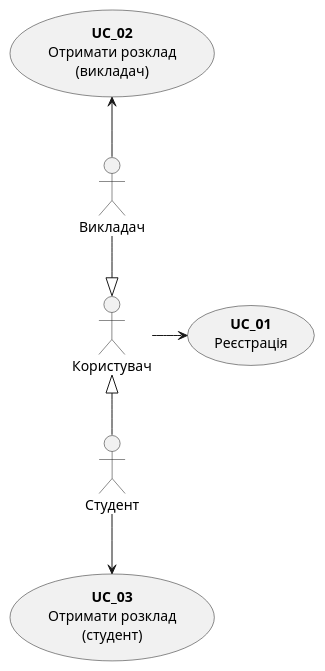
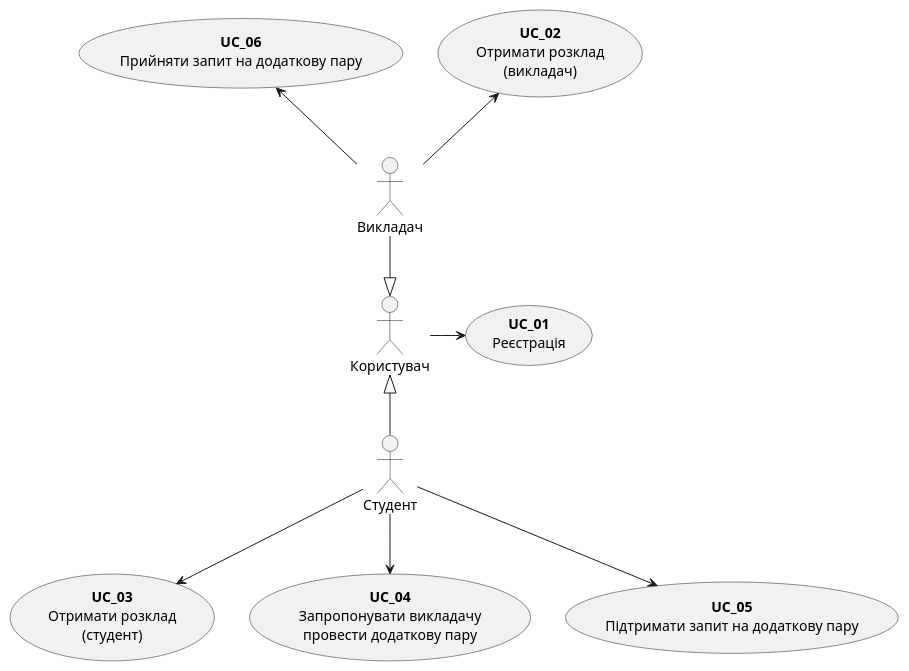
One commit to drewg3r/rozklad_kpi_bot changed the diagram in docs/uml/uc_general.puml. Above: the diagram before and after it, drawn with PlantUML. The commit also changed 4 other files, not shown here.

```diff
--- a/docs/uml/uc_general.puml
+++ b/docs/uml/uc_general.puml
@@ -1,17 +1,23 @@
 @startuml
 usecase UC_01 as "<b>UC_01</b>\nРеєстрація"
 usecase UC_02 as "<b>UC_02</b>\nОтримати розклад\n(викладач)"
 usecase UC_03 as "<b>UC_03</b>\nОтримати розклад\n(студент)"
-
+usecase UC_04 as "<b>UC_04</b>\nЗапропонувати викладачу\nпровести додаткову пару"
+usecase UC_05 as "<b>UC_05</b>\nПідтримати запит на додаткову пару"
+usecase UC_06 as "<b>UC_06</b>\nПрийняти запит на додаткову пару"
 
 actor :Користувач: as user
 actor :Студент: as student
 actor :Викладач: as teacher
 
 user -r-> UC_01
 student -d-> UC_03
+student -d-> UC_04
+student -d-> UC_05
+
 teacher -u-> UC_02
+teacher -u-> UC_06
 
 student -u-|> user
 teacher -d-|> user
 @enduml
```
